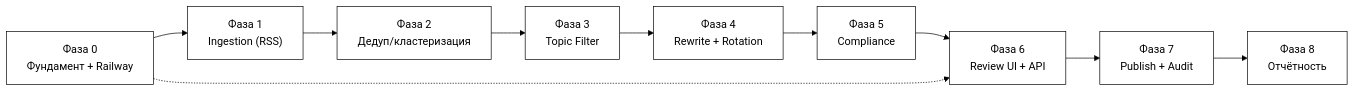
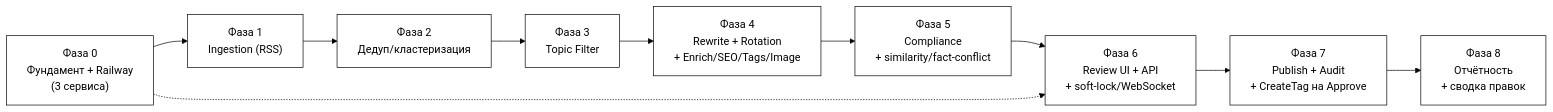
One commit to infotheunum/api-scribely changed the diagram in docs/План_Реализации_MVP.md. Above: the diagram before and after it, drawn with Mermaid. The commit also changed other lines of this file and 2 other files, not shown here.

````diff
--- a/docs/План_Реализации_MVP.md
+++ b/docs/План_Реализации_MVP.md
@@ -38,33 +78,33 @@
 ```mermaid
 %%{init: {
   "theme": "base",
   "themeVariables": {
     "background": "#ffffff",
     "primaryColor": "#ffffff",
     "primaryTextColor": "#000000",
     "primaryBorderColor": "#000000",
     "secondaryColor": "#ffffff",
     "tertiaryColor": "#ffffff",
     "lineColor": "#000000",
     "edgeLabelBackground": "#ffffff",
     "fontFamily": "Arial"
   }
 }}%%
 flowchart LR
     classDef ph fill:#ffffff,stroke:#000000,stroke-width:1px,color:#000000;
 
-    P0["Фаза 0<br/>Фундамент + Railway"]
+    P0["Фаза 0<br/>Фундамент + Railway<br/>(3 сервиса)"]
     P1["Фаза 1<br/>Ingestion (RSS)"]
     P2["Фаза 2<br/>Дедуп/кластеризация"]
     P3["Фаза 3<br/>Topic Filter"]
-    P4["Фаза 4<br/>Rewrite + Rotation"]
-    P5["Фаза 5<br/>Compliance"]
-    P6["Фаза 6<br/>Review UI + API"]
-    P7["Фаза 7<br/>Publish + Audit"]
-    P8["Фаза 8<br/>Отчётность"]
+    P4["Фаза 4<br/>Rewrite + Rotation<br/>+ Enrich/SEO/Tags/Image"]
+    P5["Фаза 5<br/>Compliance<br/>+ similarity/fact-conflict"]
+    P6["Фаза 6<br/>Review UI + API<br/>+ soft-lock/WebSocket"]
+    P7["Фаза 7<br/>Publish + Audit<br/>+ CreateTag на Approve"]
+    P8["Фаза 8<br/>Отчётность<br/>+ сводка правок"]
 
     P0 --> P1 --> P2 --> P3 --> P4 --> P5 --> P6 --> P7 --> P8
     P0 -.-> P6
 
     class P0,P1,P2,P3,P4,P5,P6,P7,P8 ph;
 ```
````
